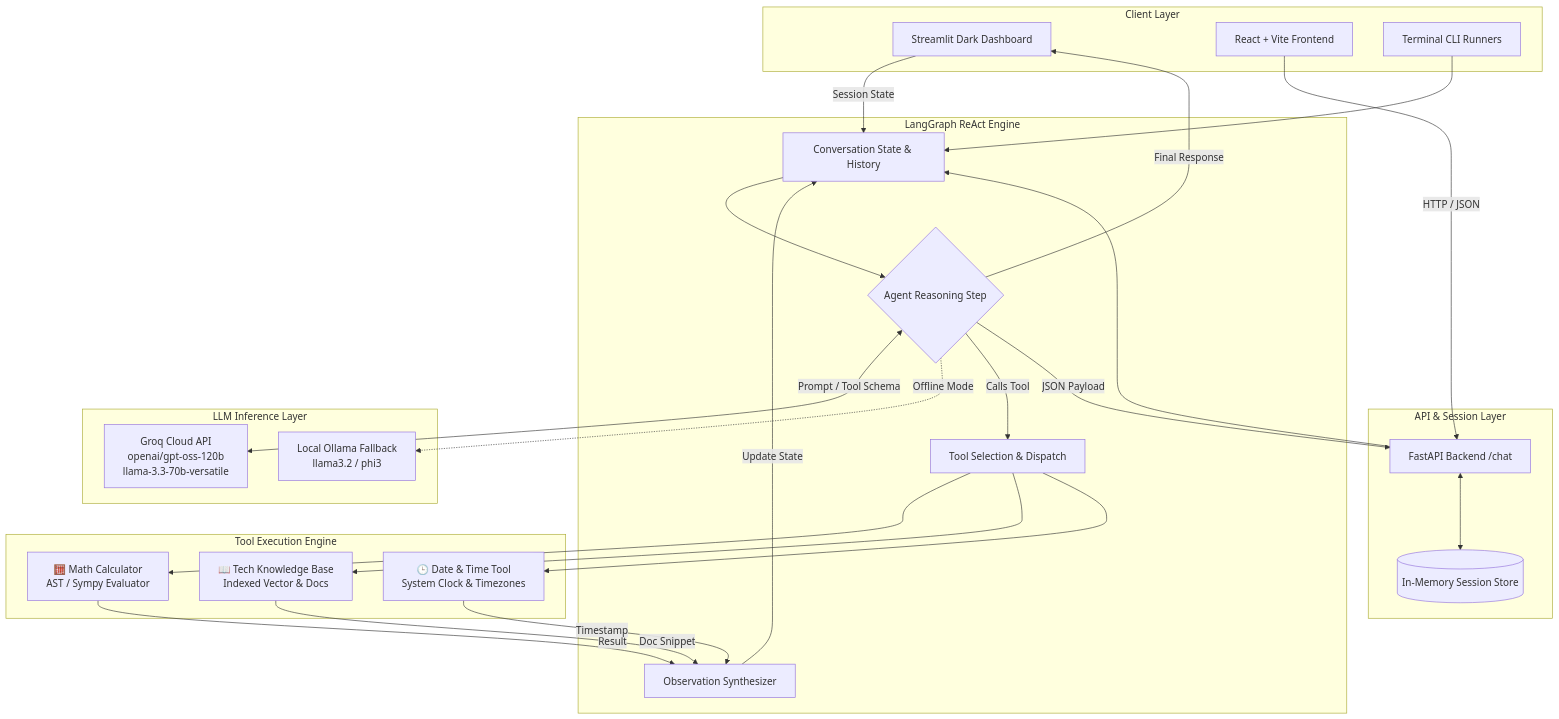
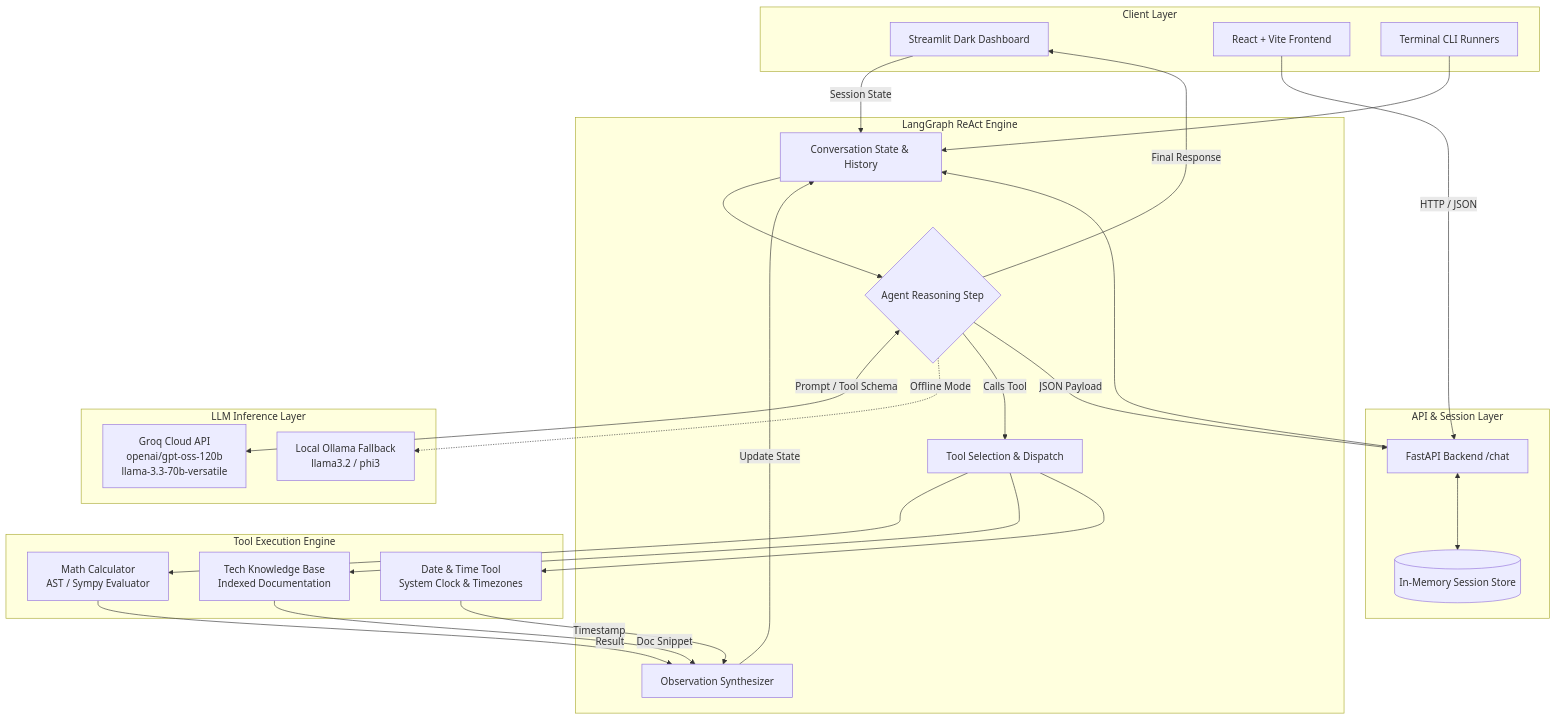
Before and after one commit to syedaftab-dev/Multi-Tool-LLM-Agent: the diagram in README.md, drawn with Mermaid. The commit also changed other lines of this file and 1 other file, not shown here.

````diff
--- a/README.md
+++ b/README.md
@@ -44,54 +47,54 @@
 ```mermaid
 flowchart TD
     subgraph Client Layer
         UI[Streamlit Dark Dashboard]
         REACT[React + Vite Frontend]
         CLI[Terminal CLI Runners]
     end
 
     subgraph API & Session Layer
         FASTAPI[FastAPI Backend /chat]
         SESSIONS[(In-Memory Session Store)]
     end
 
     subgraph Agent Core [LangGraph ReAct Engine]
         STATE[Conversation State & History]
         DECIDE{Agent Reasoning Step}
         ACTION[Tool Selection & Dispatch]
         OBSERVE[Observation Synthesizer]
     end
 
     subgraph LLM Inference Layer
         GROQ[Groq Cloud API\nopenai/gpt-oss-120b\nllama-3.3-70b-versatile]
         OLLAMA[Local Ollama Fallback\nllama3.2 / phi3]
     end
 
     subgraph Tool Execution Engine
-        CALC[🧮 Math Calculator\nAST / Sympy Evaluator]
-        KB[📖 Tech Knowledge Base\nIndexed Vector & Docs]
-        TIME[🕒 Date & Time Tool\nSystem Clock & Timezones]
+        CALC[Math Calculator\nAST / Sympy Evaluator]
+        KB[Tech Knowledge Base\nIndexed Documentation]
+        TIME[Date & Time Tool\nSystem Clock & Timezones]
     end
 
     UI -->|Session State| STATE
     REACT -->|HTTP / JSON| FASTAPI
     CLI --> STATE
     FASTAPI <--> SESSIONS
     FASTAPI --> STATE
 
     STATE --> DECIDE
     DECIDE <-->|Prompt / Tool Schema| GROQ
     DECIDE -.->|Offline Mode| OLLAMA
 
     DECIDE -->|Calls Tool| ACTION
     ACTION --> CALC
     ACTION --> KB
     ACTION --> TIME
 
     CALC -->|Result| OBSERVE
     KB -->|Doc Snippet| OBSERVE
     TIME -->|Timestamp| OBSERVE
 
     OBSERVE -->|Update State| STATE
     DECIDE -->|Final Response| UI
     DECIDE -->|JSON Payload| FASTAPI
 ```
````
